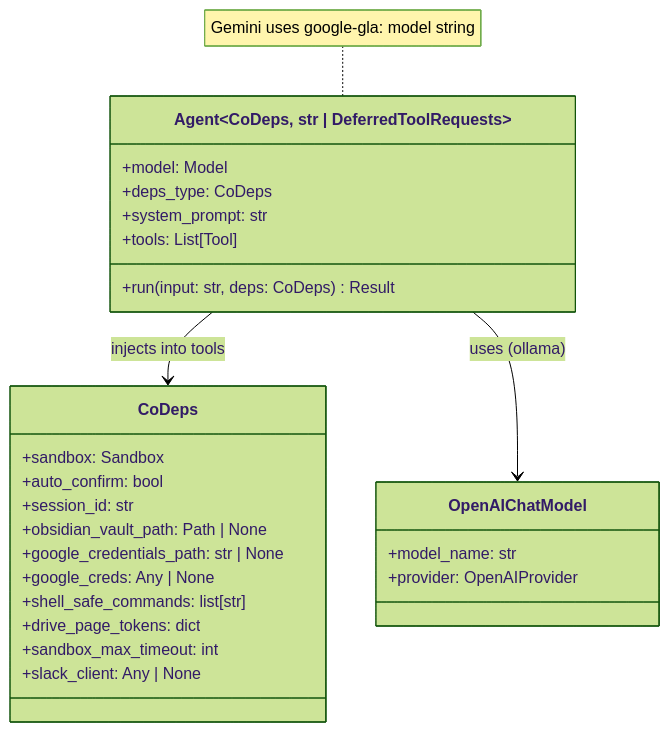
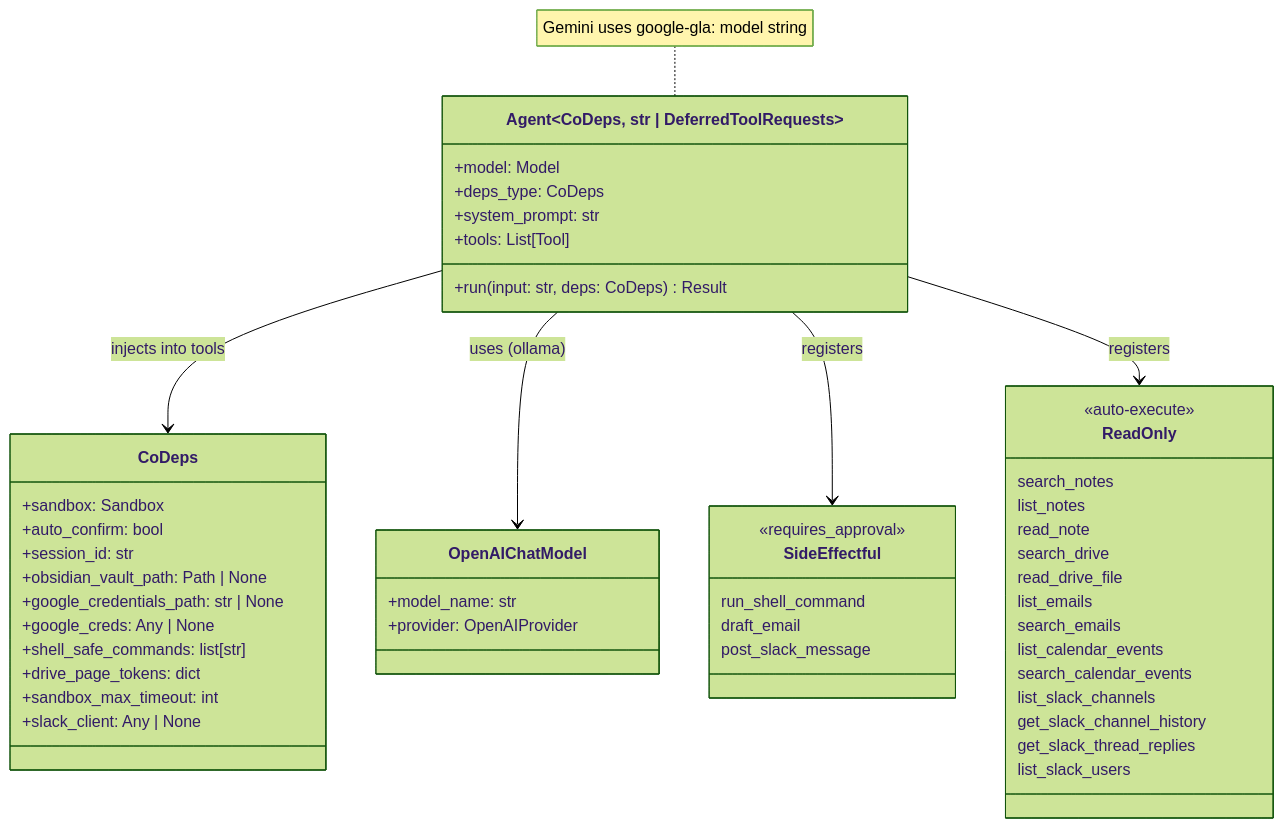
Before and after one commit to binlecode/co-cli: the fourth of 10 diagrams in docs/DESIGN-co-cli.md, drawn with Mermaid (forest theme). The commit also changed other lines of this file, not shown here.

First line of the commit message:
Clean up DESIGN-co-cli.md diagrams: deduplicate, fix, remove (16→10)

````diff
--- a/docs/DESIGN-co-cli.md
+++ b/docs/DESIGN-co-cli.md
@@ -209,32 +198,58 @@
 ```mermaid
 classDiagram
     class Agent~CoDeps, str | DeferredToolRequests~ {
         +model: Model
         +deps_type: CoDeps
         +system_prompt: str
         +tools: List[Tool]
         +run(input: str, deps: CoDeps) Result
     }
 
     class CoDeps {
         +sandbox: Sandbox
         +auto_confirm: bool
         +session_id: str
         +obsidian_vault_path: Path | None
         +google_credentials_path: str | None
         +google_creds: Any | None
         +shell_safe_commands: list[str]
         +drive_page_tokens: dict
         +sandbox_max_timeout: int
         +slack_client: Any | None
     }
 
     class OpenAIChatModel {
         +model_name: str
         +provider: OpenAIProvider
     }
 
+    class SideEffectful {
+        <<requires_approval>>
+        run_shell_command
+        draft_email
+        post_slack_message
+    }
+
+    class ReadOnly {
+        <<auto-execute>>
+        search_notes
+        list_notes
+        read_note
+        search_drive
+        read_drive_file
+        list_emails
+        search_emails
+        list_calendar_events
+        search_calendar_events
+        list_slack_channels
+        get_slack_channel_history
+        get_slack_thread_replies
+        list_slack_users
+    }
+
     Agent --> CoDeps : injects into tools
     Agent --> OpenAIChatModel : uses (ollama)
+    Agent --> SideEffectful : registers
+    Agent --> ReadOnly : registers
     note for Agent "Gemini uses google-gla: model string"
 ```
````
